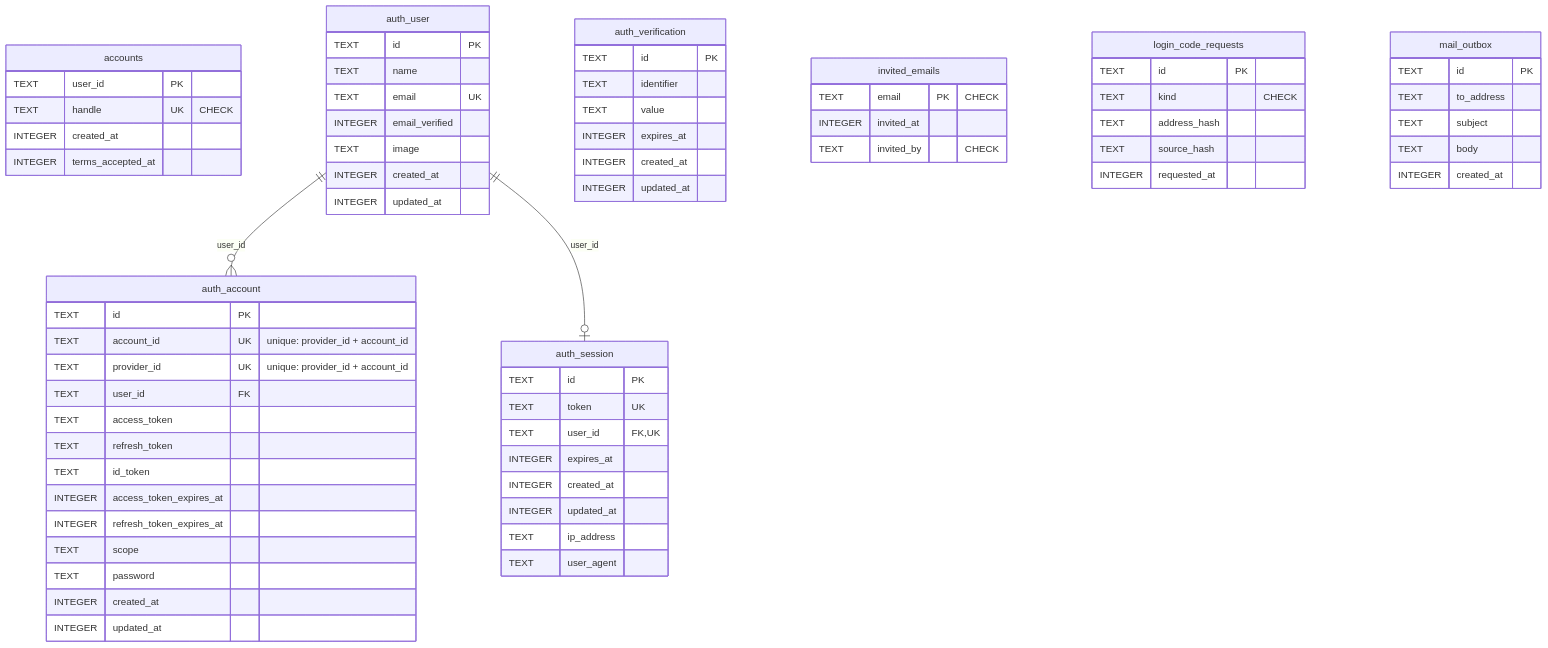
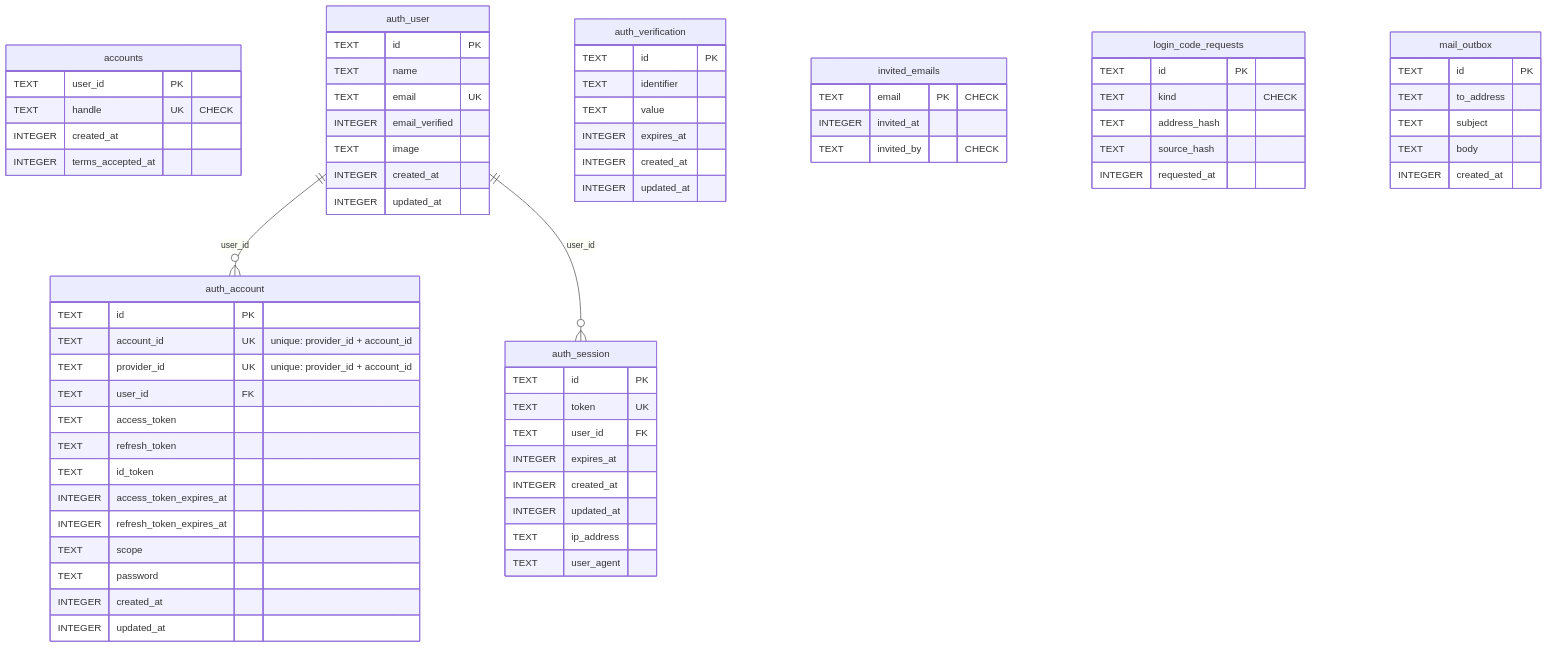
Before and after one commit to piconic-ai/slide: the second of 8 diagrams in docs/dev/er-diagram.md, drawn with Mermaid. The commit also changed other lines of this file and 10 other files, not shown here.

````diff
--- a/docs/dev/er-diagram.md
+++ b/docs/dev/er-diagram.md
@@ -75,72 +75,72 @@
 ```mermaid
 erDiagram
     accounts {
         TEXT user_id PK
         TEXT handle UK "CHECK"
         INTEGER created_at
         INTEGER terms_accepted_at
     }
     auth_account {
         TEXT id PK
         TEXT account_id UK "unique: provider_id + account_id"
         TEXT provider_id UK "unique: provider_id + account_id"
         TEXT user_id FK
         TEXT access_token
         TEXT refresh_token
         TEXT id_token
         INTEGER access_token_expires_at
         INTEGER refresh_token_expires_at
         TEXT scope
         TEXT password
         INTEGER created_at
         INTEGER updated_at
     }
     auth_session {
         TEXT id PK
         TEXT token UK
-        TEXT user_id FK, UK
+        TEXT user_id FK
         INTEGER expires_at
         INTEGER created_at
         INTEGER updated_at
         TEXT ip_address
         TEXT user_agent
     }
     auth_user {
         TEXT id PK
         TEXT name
         TEXT email UK
         INTEGER email_verified
         TEXT image
         INTEGER created_at
         INTEGER updated_at
     }
     auth_verification {
         TEXT id PK
         TEXT identifier
         TEXT value
         INTEGER expires_at
         INTEGER created_at
         INTEGER updated_at
     }
     invited_emails {
         TEXT email PK "CHECK"
         INTEGER invited_at
         TEXT invited_by "CHECK"
     }
     login_code_requests {
         TEXT id PK
         TEXT kind "CHECK"
         TEXT address_hash
         TEXT source_hash
         INTEGER requested_at
     }
     mail_outbox {
         TEXT id PK
         TEXT to_address
         TEXT subject
         TEXT body
         INTEGER created_at
     }
     auth_user ||--o{ auth_account : "user_id"
-    auth_user ||--o| auth_session : "user_id"
+    auth_user ||--o{ auth_session : "user_id"
 ```
````
